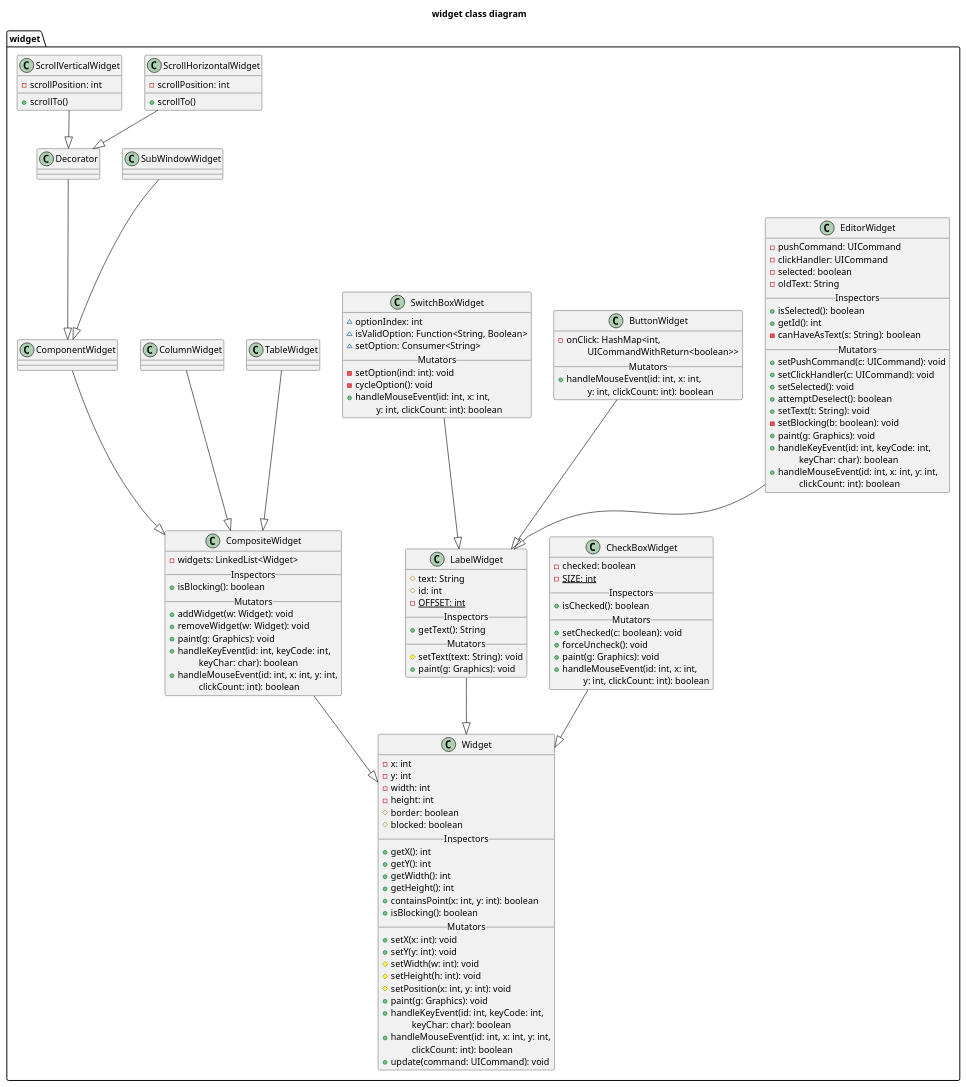
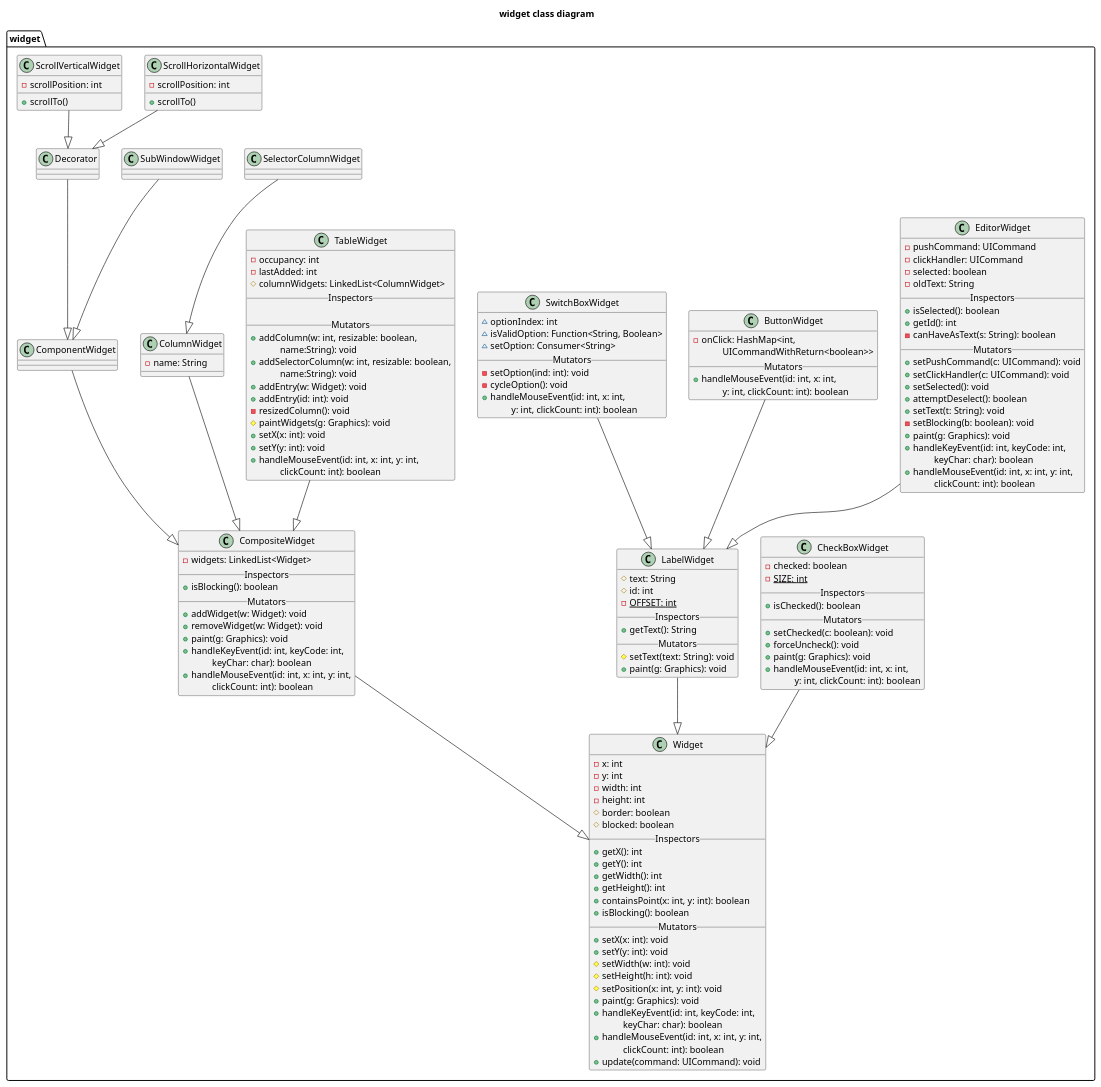
One commit to Bhamoss/softwareOntwerpProject changed the diagram in diagrams/classDiagrams/widget.puml. Above: the diagram before and after it, drawn with PlantUML. The commit also changed 2 other files, not shown here.

```diff
--- a/diagrams/classDiagrams/widget.puml
+++ b/diagrams/classDiagrams/widget.puml
@@ -1,168 +1,193 @@
 @startuml
 title widget class diagram
 package "widget" {
 
         class Widget {
             -x: int
             -y: int
             -width: int
             -height: int
             #border: boolean
             #blocked: boolean
             __Inspectors__
             +getX(): int
             +getY(): int
             +getWidth(): int
             +getHeight(): int
             +containsPoint(x: int, y: int): boolean
             +isBlocking(): boolean
             __Mutators__
             +setX(x: int): void
             +setY(y: int): void
             #setWidth(w: int): void
             #setHeight(h: int): void
             #setPosition(x: int, y: int): void
             +paint(g: Graphics): void
             +handleKeyEvent(id: int, keyCode: int,
                 \t keyChar: char): boolean
             +handleMouseEvent(id: int, x: int, y: int,
                 \t clickCount: int): boolean
             +update(command: UICommand): void
         }
 
 
         class LabelWidget{
             #text: String
             #id: int
             -{static}OFFSET: int
             __Inspectors__
             +getText(): String
             __Mutators__
             #setText(text: String): void
             +paint(g: Graphics): void
         }
         LabelWidget --|> Widget
 
 
         class EditorWidget{
             -pushCommand: UICommand
             -clickHandler: UICommand
             -selected: boolean
             -oldText: String
             __Inspectors__
             +isSelected(): boolean
             +getId(): int
             -canHaveAsText(s: String): boolean
             __Mutators__
             +setPushCommand(c: UICommand): void
             +setClickHandler(c: UICommand): void
             +setSelected(): void
             +attemptDeselect(): boolean
             +setText(t: String): void
             -setBlocking(b: boolean): void
             +paint(g: Graphics): void
             +handleKeyEvent(id: int, keyCode: int,
                 \t keyChar: char): boolean
             +handleMouseEvent(id: int, x: int, y: int,
                 \t clickCount: int): boolean
         }
         EditorWidget --|> LabelWidget
 
         class CheckBoxWidget{
             -checked: boolean
             -{static}SIZE: int
             __Inspectors__
             +isChecked(): boolean
             __Mutators__
             +setChecked(c: boolean): void
             +forceUncheck(): void
             +paint(g: Graphics): void
             +handleMouseEvent(id: int, x: int,
                 \t y: int, clickCount: int): boolean
         }
         CheckBoxWidget --|> Widget
         class ButtonWidget{
             -onClick: HashMap<int,
                 \t UICommandWithReturn<boolean>>
             __Mutators__
             +handleMouseEvent(id: int, x: int,
                             \t y: int, clickCount: int): boolean
         }
         ButtonWidget --|> LabelWidget
 
 
         class SwitchBoxWidget{
             ~optionIndex: int
             ~isValidOption: Function<String, Boolean>
             ~setOption: Consumer<String>
             __Mutators__
             -setOption(ind: int): void
             -cycleOption(): void
             +handleMouseEvent(id: int, x: int,
                 \t y: int, clickCount: int): boolean
         }
         SwitchBoxWidget --|> LabelWidget
 
         class CompositeWidget{
             - widgets: LinkedList<Widget>
             __Inspectors__
             +isBlocking(): boolean
             __Mutators__
             + addWidget(w: Widget): void
             + removeWidget(w: Widget): void
             +paint(g: Graphics): void
             +handleKeyEvent(id: int, keyCode: int,
                 \t keyChar: char): boolean
             +handleMouseEvent(id: int, x: int, y: int,
                 \t clickCount: int): boolean
         }
 
         CompositeWidget --|> Widget
 
         class TableWidget{
+            -occupancy: int
+            -lastAdded: int
+            #columnWidgets: LinkedList<ColumnWidget>
+            __Inspectors__
+
+            __Mutators__
+            +addColumn(w: int, resizable: boolean,
+                \t name:String): void
+            +addSelectorColumn(w: int, resizable: boolean,
+                \t name:String): void
+            +addEntry(w: Widget): void
+            +addEntry(id: int): void
+            -resizedColumn(): void
+            #paintWidgets(g: Graphics): void
+            +setX(x: int): void
+            +setY(y: int): void
+            +handleMouseEvent(id: int, x: int, y: int,
+                            \t clickCount: int): boolean
         }
 
         TableWidget --|> CompositeWidget
 
         class ColumnWidget{
+            -name: String
         }
 
         ColumnWidget --|> CompositeWidget
+
+        class SelectorColumnWidget {
+
+        }
+
+        SelectorColumnWidget --|> ColumnWidget
 
         class ComponentWidget{
         }
 
         ComponentWidget --|> CompositeWidget
 
         class SubWindowWidget{
         }
 
         SubWindowWidget --|> ComponentWidget
 
 
         class Decorator{
         }
 
         Decorator --|> ComponentWidget
 
         class ScrollHorizontalWidget{
             - scrollPosition: int
             __
             + scrollTo()
         }
 
         ScrollHorizontalWidget --|> Decorator
 
         class ScrollVerticalWidget{
             - scrollPosition: int
             __
             + scrollTo()
         }
 
         ScrollVerticalWidget --|> Decorator
 
 
 
     }
 
 @enduml
```
